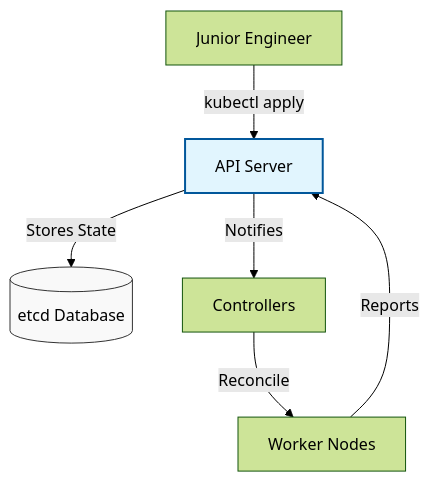
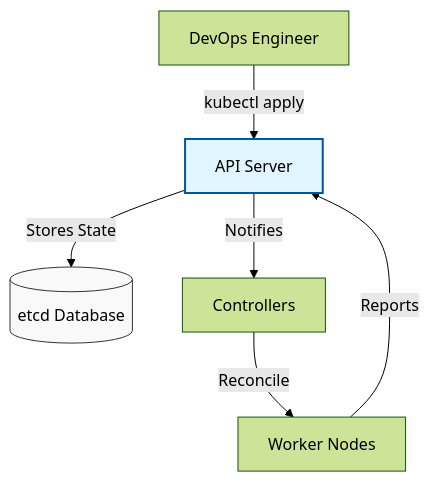
The diagram in 02-intermediate/03-phase-3/01-container-orchestration/readme.md (Ganil151/Devops), drawn with Mermaid (forest theme) before and after one commit. The commit also changed other lines of this file, not shown here.

````diff
--- a/02-intermediate/03-phase-3/01-container-orchestration/readme.md
+++ b/02-intermediate/03-phase-3/01-container-orchestration/readme.md
@@ -34,11 +47,11 @@
 ```mermaid
 graph TD
-    User[Junior Engineer] -->|kubectl apply| API[API Server]
+    User[DevOps Engineer] -->|kubectl apply| API[API Server]
     API -->|Stores State| ETCD[(etcd Database)]
     API -->|Notifies| CTRL[Controllers]
     CTRL -->|Reconcile| Node[Worker Nodes]
     Node -->|Reports| API
     
     style ETCD fill:#f9f9f9,stroke:#333
     style API fill:#e1f5fe,stroke:#01579b,stroke-width:2px
 ```
````
